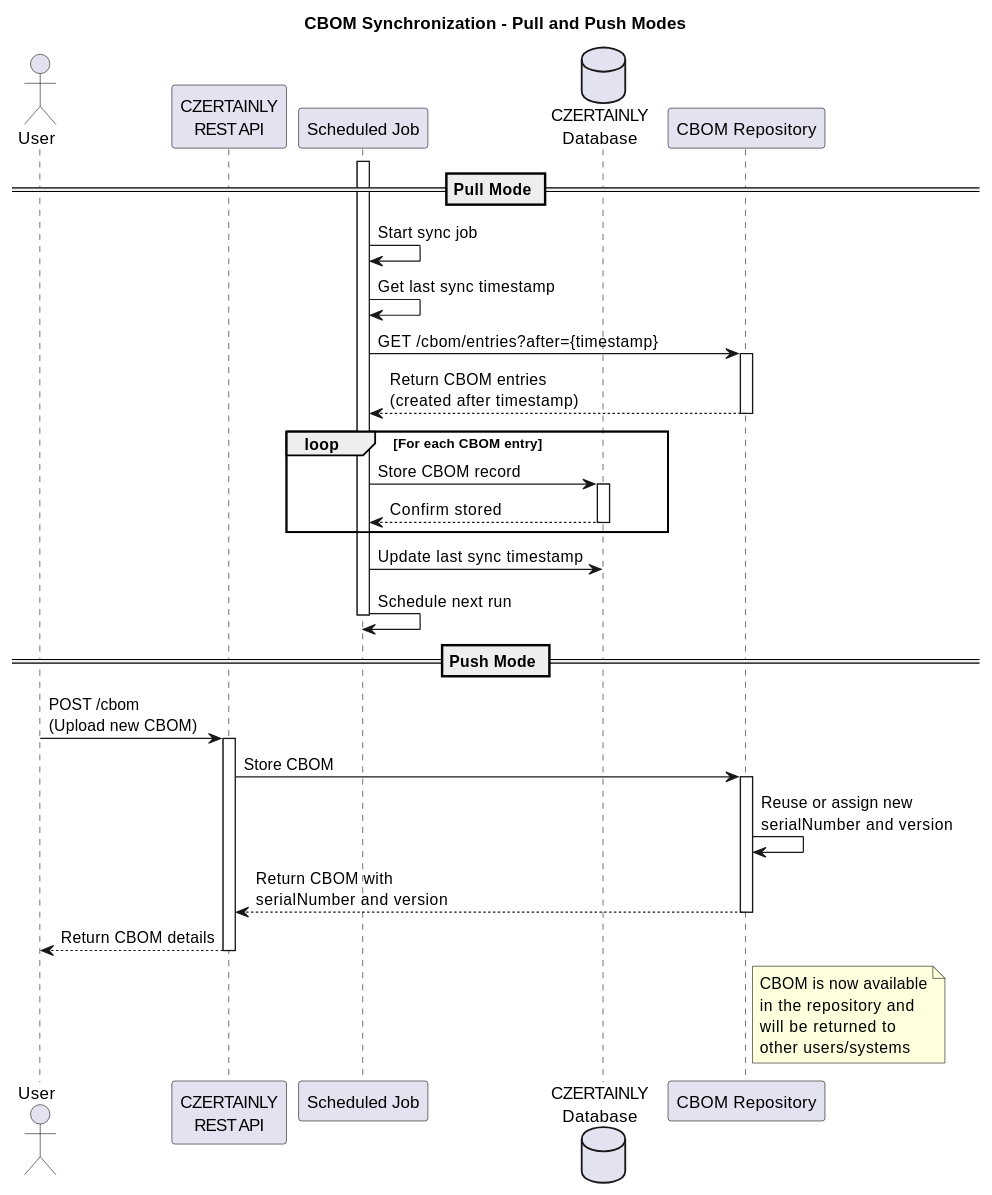
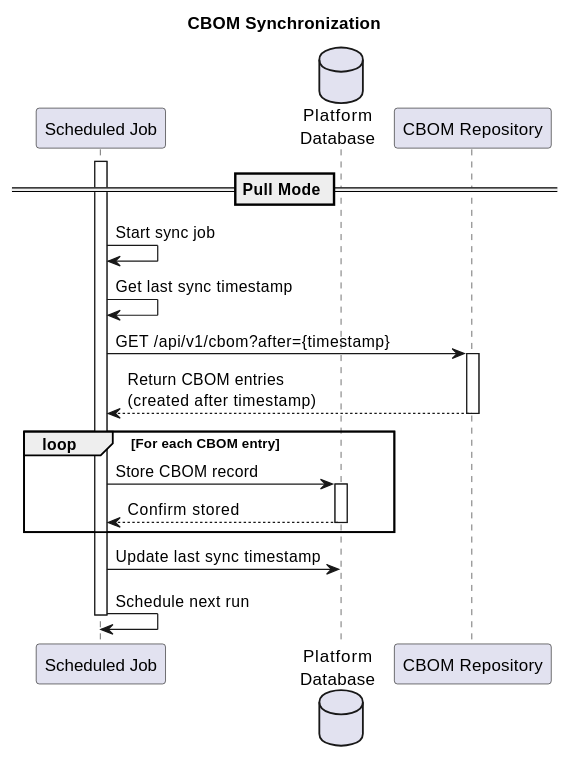
One commit to OmniTrustILM/documentation changed the diagram in docs/certificate-key/concept-design/core-components/cbom.md. Above: the diagram before and after it, drawn with PlantUML. The commit also changed other lines of this file, not shown here.

Commit message:
address code review, rename CZERTAINLY to Platform through the document

````diff
--- a/docs/certificate-key/concept-design/core-components/cbom.md
+++ b/docs/certificate-key/concept-design/core-components/cbom.md
@@ -113,56 +114,33 @@
 ```plantuml
-@startuml CBOM Pull and Push Modes
+@startuml CBOM Synchronization
 
-title CBOM Synchronization - Pull and Push Modes
+title CBOM Synchronization
 
-actor User as user
-participant "CZERTAINLY\nREST API" as api
 participant "Scheduled Job" as scheduler
-database "CZERTAINLY\nDatabase" as db
+database "Platform\nDatabase" as db
 participant "CBOM Repository" as repo
 
 == Pull Mode ==
 
 activate scheduler
 scheduler -> scheduler: Start sync job
 scheduler -> scheduler: Get last sync timestamp
 
-scheduler -> repo: GET /cbom/entries?after={timestamp}
+scheduler -> repo: GET /api/v1/cbom?after={timestamp}
 activate repo
 repo --> scheduler: Return CBOM entries\n(created after timestamp)
 deactivate repo
 
 loop For each CBOM entry
     scheduler -> db: Store CBOM record
     activate db
     db --> scheduler: Confirm stored
     deactivate db
 end
 
 scheduler -> db: Update last sync timestamp
 scheduler -> scheduler: Schedule next run
 deactivate scheduler
 
-== Push Mode ==
-
-user -> api: POST /cbom\n(Upload new CBOM)
-activate api
-
-api -> repo: Store CBOM
-activate repo
-repo -> repo: Reuse or assign new\nserialNumber and version
-repo --> api: Return CBOM with\nserialNumber and version
-deactivate repo
-
-api --> user: Return CBOM details
-deactivate api
-
-note right of repo
-  CBOM is now available
-  in the repository and
-  will be returned to
-  other users/systems
-end note
-
 @enduml
 ```
````
